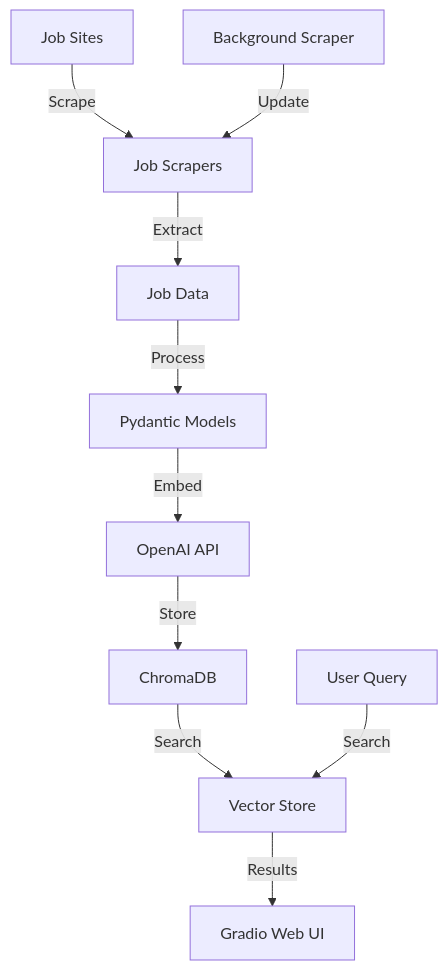
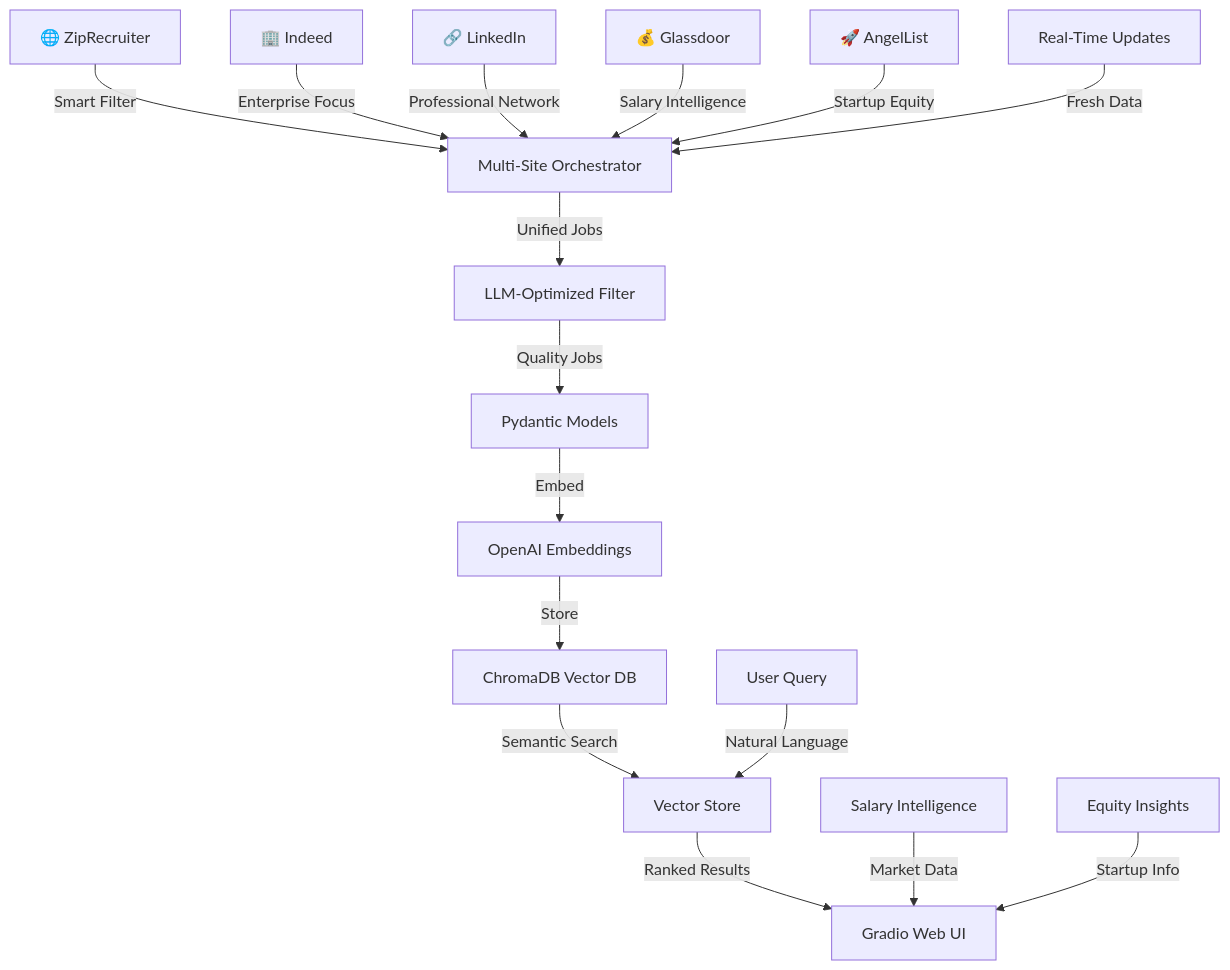
One commit to andreasatle/job-search changed the diagram in README.md. Above: the diagram before and after it, drawn with Mermaid. The commit also changed other lines of this file, not shown here.

````diff
--- a/README.md
+++ b/README.md
@@ -62,13 +73,20 @@
 ```mermaid
 graph TD
-    A[Job Sites] -->|Scrape| B[Job Scrapers]
-    B -->|Extract| C[Job Data]
-    C -->|Process| D[Pydantic Models]
-    D -->|Embed| E[OpenAI API]
-    E -->|Store| F[ChromaDB]
-    F -->|Search| G[Vector Store]
-    G -->|Results| H[Gradio Web UI]
+    A1[🌐 ZipRecruiter] -->|Smart Filter| B[Multi-Site Orchestrator]
+    A2[🏢 Indeed] -->|Enterprise Focus| B
+    A3[🔗 LinkedIn] -->|Professional Network| B
+    A4[💰 Glassdoor] -->|Salary Intelligence| B
+    A5[🚀 AngelList] -->|Startup Equity| B
     
-    I[User Query] -->|Search| G
-    J[Background Scraper] -->|Update| B
+    B -->|Unified Jobs| C[LLM-Optimized Filter]
+    C -->|Quality Jobs| D[Pydantic Models]
+    D -->|Embed| E[OpenAI Embeddings]
+    E -->|Store| F[ChromaDB Vector DB]
+    F -->|Semantic Search| G[Vector Store]
+    G -->|Ranked Results| H[Gradio Web UI]
+    
+    I[User Query] -->|Natural Language| G
+    J[Real-Time Updates] -->|Fresh Data| B
+    K[Salary Intelligence] -->|Market Data| H
+    L[Equity Insights] -->|Startup Info| H
 ```
````
